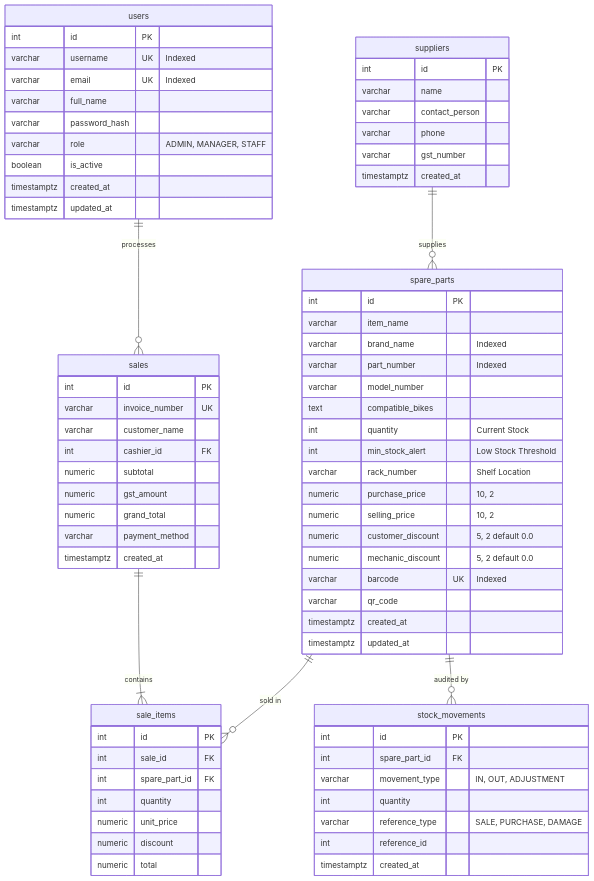
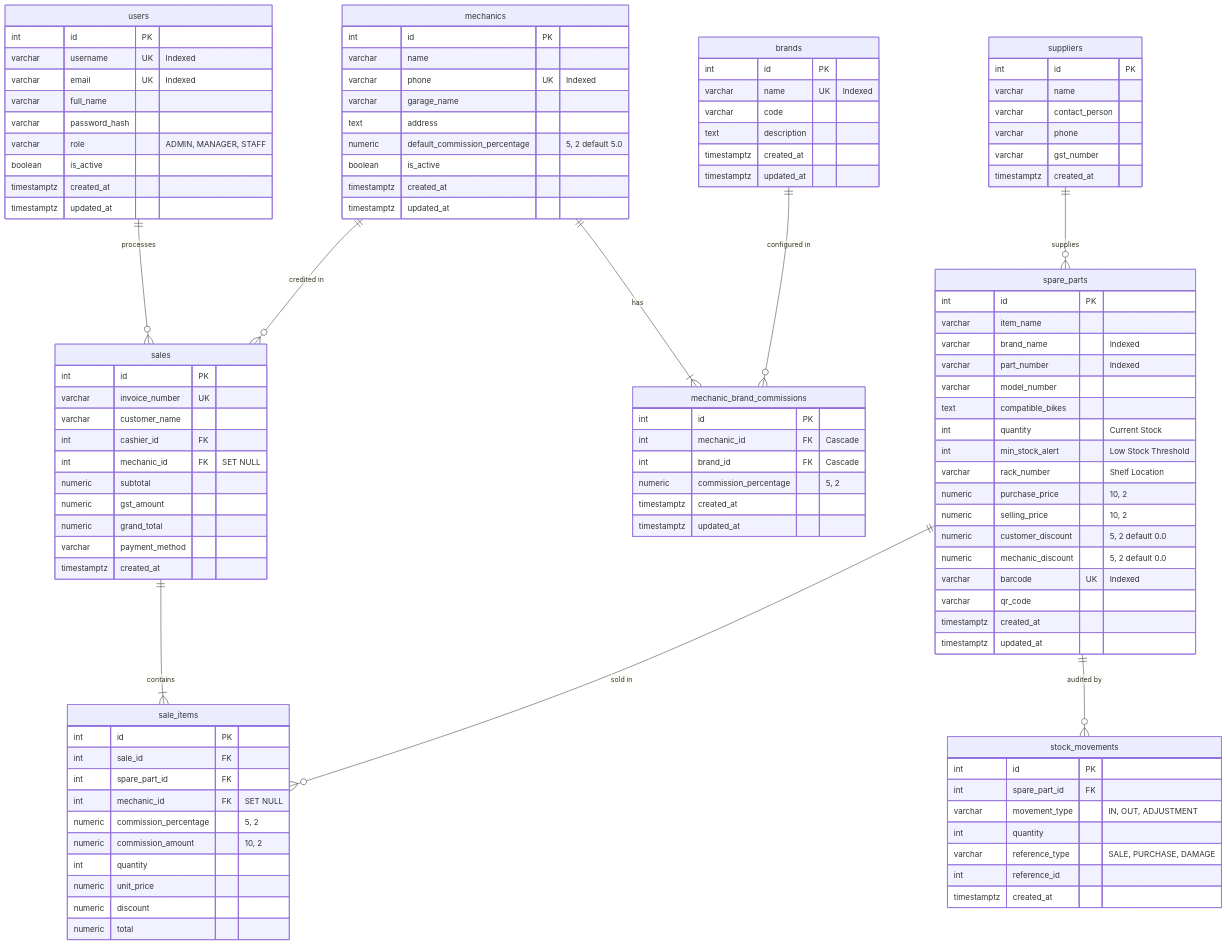
Before and after one commit to biswajit-rout/PartShop: the diagram in docs/database-design.md, drawn with Mermaid. The commit also changed other lines of this file and 50 other files, not shown here.

```diff
--- a/docs/database-design.md
+++ b/docs/database-design.md
@@ -62,11 +62,42 @@
         timestamptz created_at
     }
 
+    brands {
+        int id PK
+        varchar name UK "Indexed"
+        varchar code
+        text description
+        timestamptz created_at
+        timestamptz updated_at
+    }
+
+    mechanics {
+        int id PK
+        varchar name
+        varchar phone UK "Indexed"
+        varchar garage_name
+        text address
+        numeric default_commission_percentage "5, 2 default 5.0"
+        boolean is_active
+        timestamptz created_at
+        timestamptz updated_at
+    }
+
+    mechanic_brand_commissions {
+        int id PK
+        int mechanic_id FK "Cascade"
+        int brand_id FK "Cascade"
+        numeric commission_percentage "5, 2"
+        timestamptz created_at
+        timestamptz updated_at
+    }
+
     sales {
         int id PK
         varchar invoice_number UK
         varchar customer_name
         int cashier_id FK
+        int mechanic_id FK "SET NULL"
         numeric subtotal
         numeric gst_amount
         numeric grand_total
@@ -78,6 +109,9 @@
         int id PK
         int sale_id FK
         int spare_part_id FK
+        int mechanic_id FK "SET NULL"
+        numeric commission_percentage "5, 2"
+        numeric commission_amount "10, 2"
         int quantity
         numeric unit_price
         numeric discount
@@ -95,6 +129,9 @@
     }
 
     users ||--o{ sales : "processes"
+    mechanics ||--o{ sales : "credited in"
+    mechanics ||--|{ mechanic_brand_commissions : "has"
+    brands ||--o{ mechanic_brand_commissions : "configured in"
     sales ||--|{ sale_items : "contains"
     spare_parts ||--o{ sale_items : "sold in"
     spare_parts ||--o{ stock_movements : "audited by"
```
